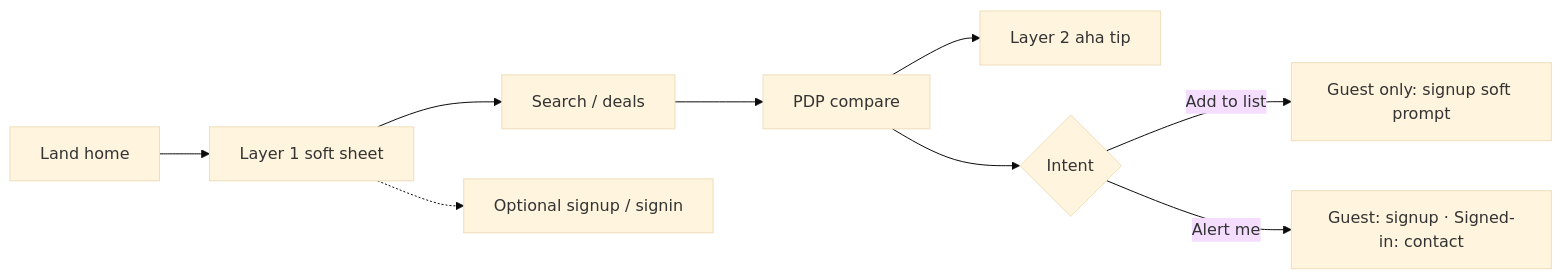
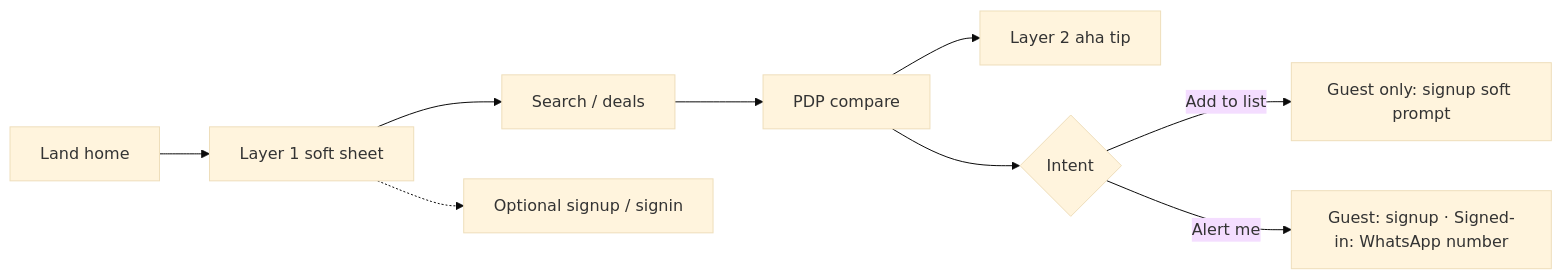
The diagram in ux-onboarding-conversion.md (tendaikatiyo/easishop_ui_demo), drawn with Mermaid (base theme) before and after one commit. The commit also changed other lines of this file and 8 other files, not shown here.

First line of the commit message:
Make price drop alerts WhatsApp-only with country-code validation.

````diff
--- a/ux-onboarding-conversion.md
+++ b/ux-onboarding-conversion.md
@@ -41,11 +41,11 @@
 ```mermaid
 flowchart LR
   A[Land home] --> B[Layer 1 soft sheet]
   B --> C[Search / deals]
   B -.-> D[Optional signup / signin]
   C --> E[PDP compare]
   E --> F[Layer 2 aha tip]
   E --> G{Intent}
   G -->|Add to list| H[Guest only: signup soft prompt]
-  G -->|Alert me| I[Guest: signup · Signed-in: contact]
+  G -->|Alert me| I[Guest: signup · Signed-in: WhatsApp number]
 ```
````
